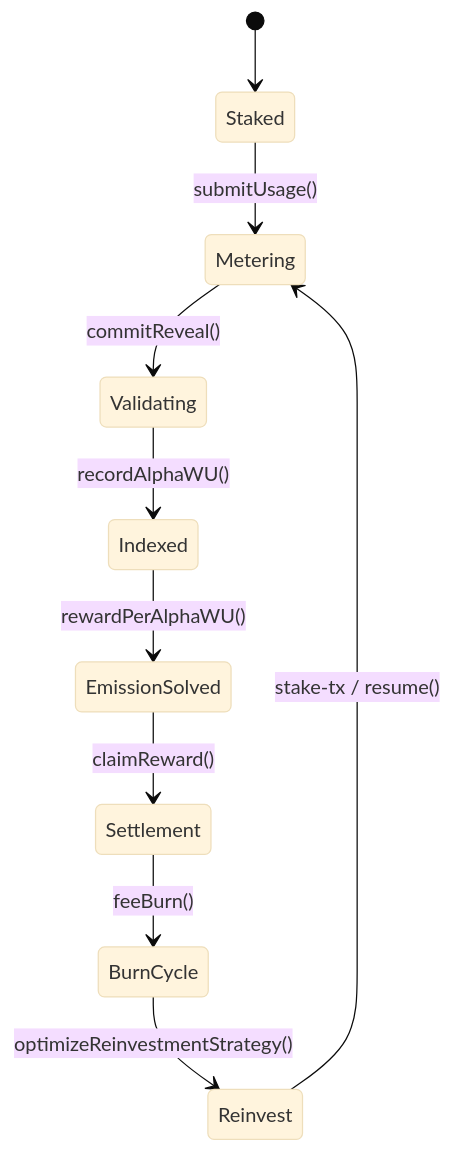
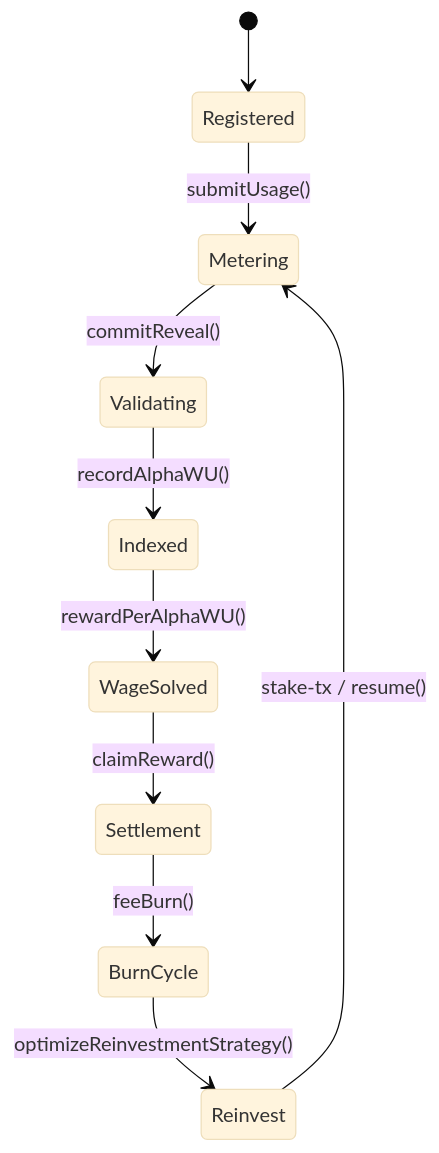
One commit to MontrealAI/AGI-Alpha-Node-v0 changed the third of 4 diagrams in docs/economics.md. Above: the diagram before and after it, drawn with Mermaid (base theme). The commit also changed other lines of this file, not shown here.

````diff
--- a/docs/economics.md
+++ b/docs/economics.md
@@ -104,12 +141,12 @@
 ```mermaid
 stateDiagram-v2
-    [*] --> Staked
-    Staked --> Metering: submitUsage()
+    [*] --> Registered
+    Registered --> Metering: submitUsage()
     Metering --> Validating: commitReveal()
     Validating --> Indexed: recordAlphaWU()
-    Indexed --> EmissionSolved: rewardPerAlphaWU()
-    EmissionSolved --> Settlement: claimReward()
+    Indexed --> WageSolved: rewardPerAlphaWU()
+    WageSolved --> Settlement: claimReward()
     Settlement --> BurnCycle: feeBurn()
     BurnCycle --> Reinvest: optimizeReinvestmentStrategy()
     Reinvest --> Metering: stake-tx / resume()
 ```
````
